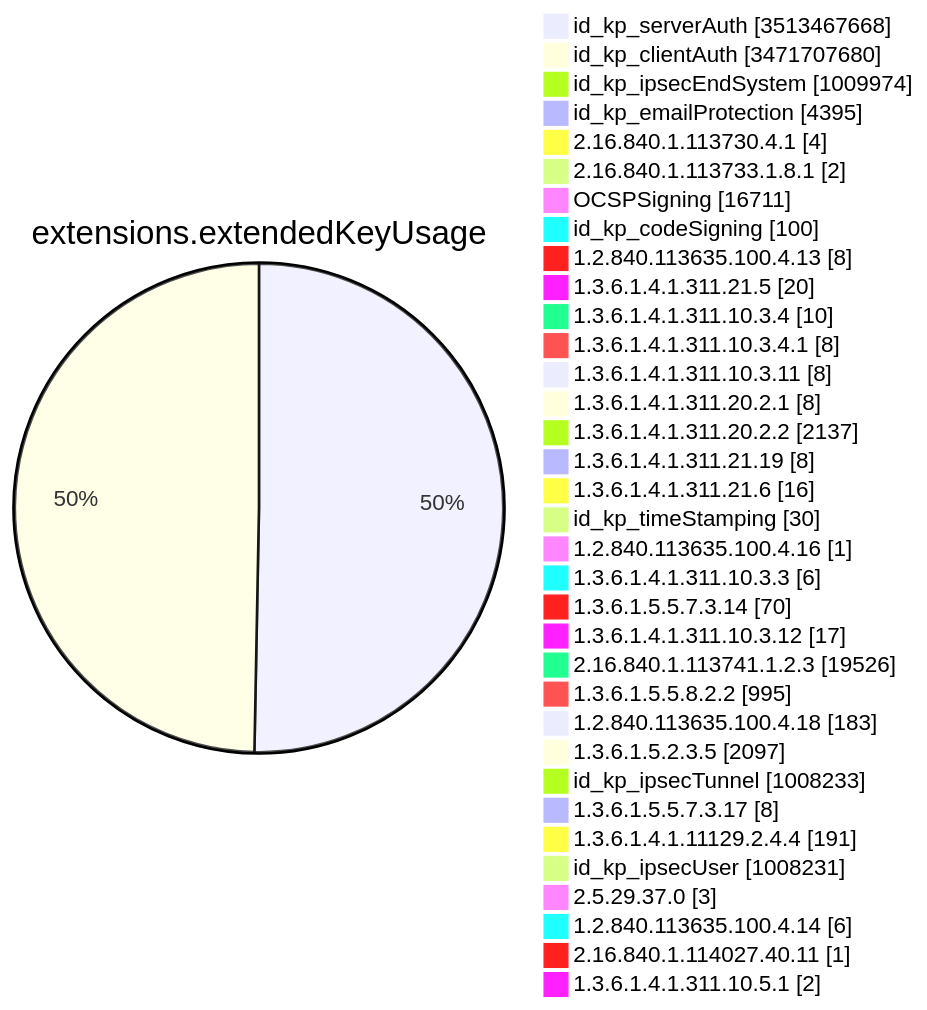
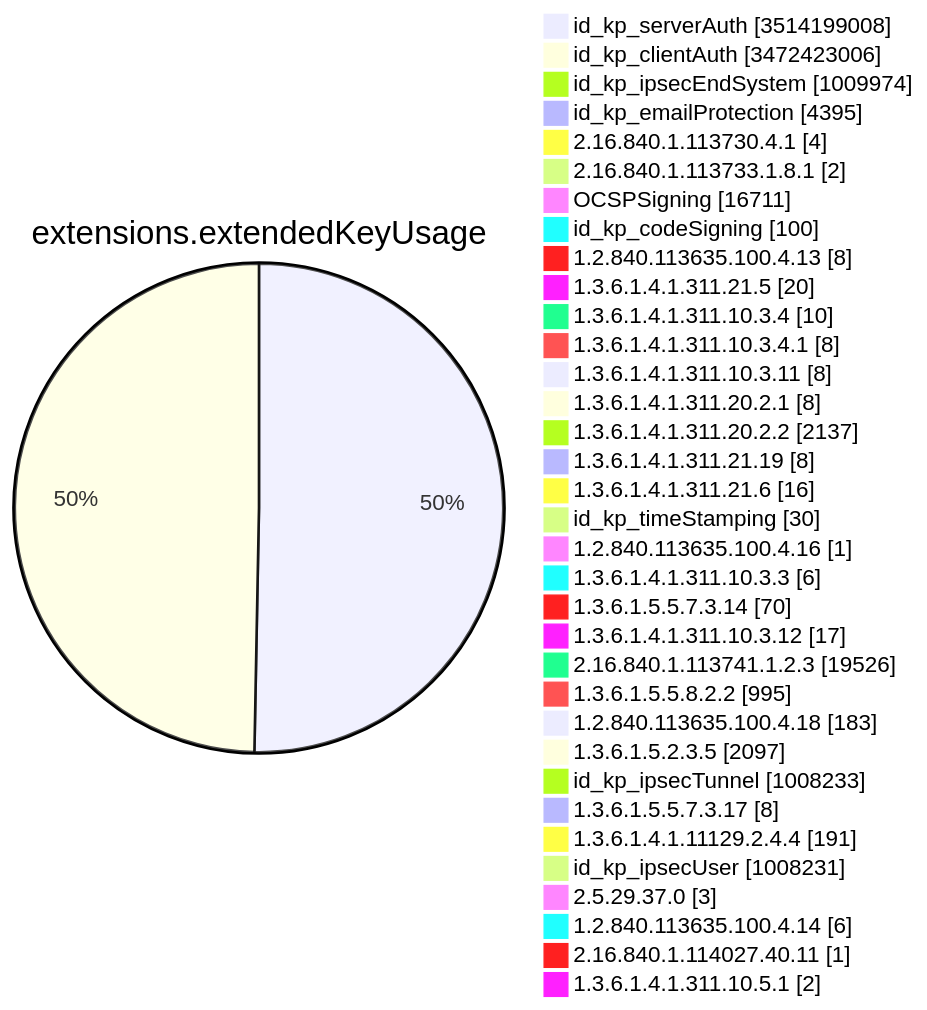
One commit to christiankrug/ctmonitor_visualization changed diagram 11 of 15 in TOTAL/README.md. Above: the diagram before and after it, drawn with Mermaid. The commit also changed other lines of this file, not shown here.

````diff
--- a/TOTAL/README.md
+++ b/TOTAL/README.md
@@ -4126,38 +4126,38 @@
 ```mermaid
 pie showData
 title extensions.extendedKeyUsage
-"id_kp_serverAuth" :3513467668
-"id_kp_clientAuth" :3471707680
+"id_kp_serverAuth" :3514199008
+"id_kp_clientAuth" :3472423006
 "id_kp_ipsecEndSystem" :1009974
 "id_kp_emailProtection" :4395
 "2.16.840.1.113730.4.1" :4
 "2.16.840.1.113733.1.8.1" :2
 "OCSPSigning" :16711
 "id_kp_codeSigning" :100
 "1.2.840.113635.100.4.13" :8
 "1.3.6.1.4.1.311.21.5" :20
 "1.3.6.1.4.1.311.10.3.4" :10
 "1.3.6.1.4.1.311.10.3.4.1" :8
 "1.3.6.1.4.1.311.10.3.11" :8
 "1.3.6.1.4.1.311.20.2.1" :8
 "1.3.6.1.4.1.311.20.2.2" :2137
 "1.3.6.1.4.1.311.21.19" :8
 "1.3.6.1.4.1.311.21.6" :16
 "id_kp_timeStamping" :30
 "1.2.840.113635.100.4.16" :1
 "1.3.6.1.4.1.311.10.3.3" :6
 "1.3.6.1.5.5.7.3.14" :70
 "1.3.6.1.4.1.311.10.3.12" :17
 "2.16.840.1.113741.1.2.3" :19526
 "1.3.6.1.5.5.8.2.2" :995
 "1.2.840.113635.100.4.18" :183
 "1.3.6.1.5.2.3.5" :2097
 "id_kp_ipsecTunnel" :1008233
 "1.3.6.1.5.5.7.3.17" :8
 "1.3.6.1.4.1.11129.2.4.4" :191
 "id_kp_ipsecUser" :1008231
 "2.5.29.37.0" :3
 "1.2.840.113635.100.4.14" :6
 "2.16.840.1.114027.40.11" :1
 "1.3.6.1.4.1.311.10.5.1" :2
 ```
````
